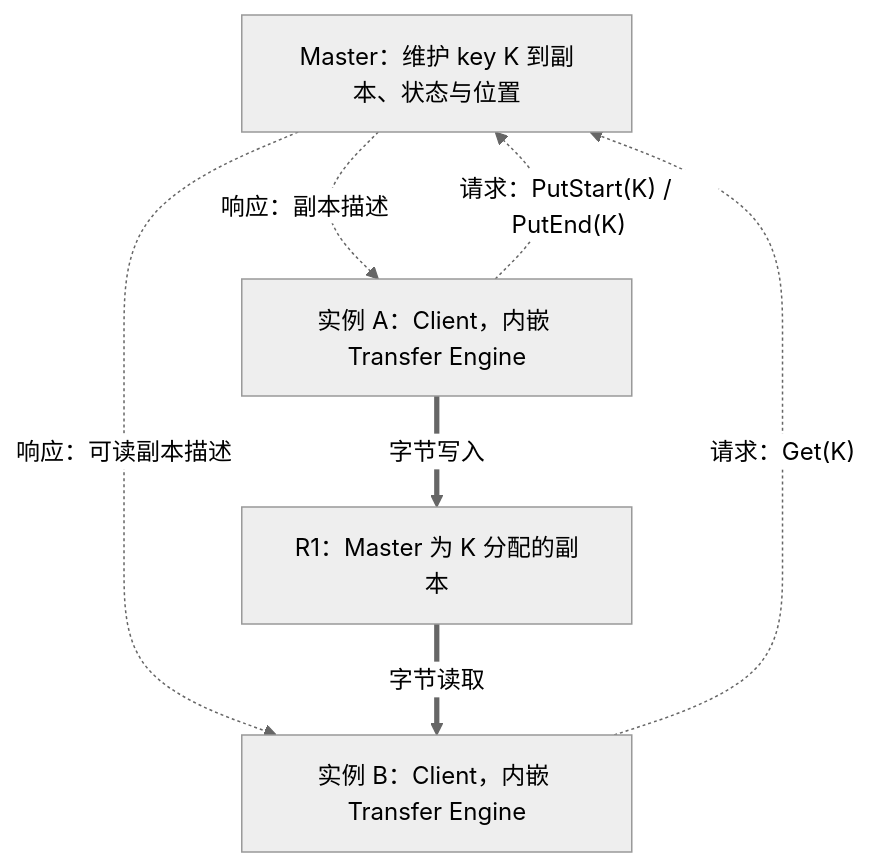
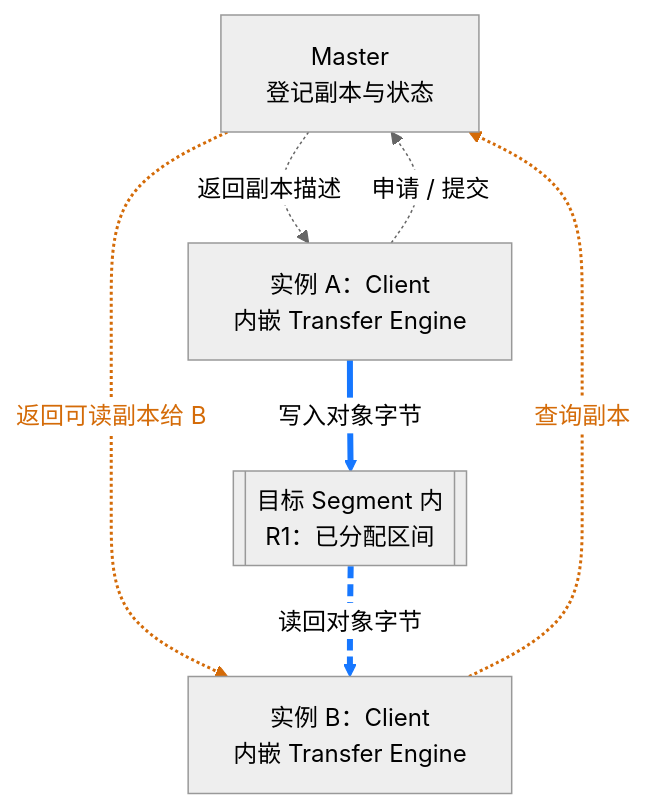
The diagram in mooncake-kv-cache-series/wechat/01-shared-kv-cache.md (Hansyangxingxiang/Mooncake), drawn with Mermaid (neutral theme) before and after one commit. The commit also changed other lines of this file and 66 other files, not shown here.

First line of the commit message:
[Docs] Refine WeChat KV cache diagrams and mobile publish artifacts

````diff
--- a/mooncake-kv-cache-series/wechat/01-shared-kv-cache.md
+++ b/mooncake-kv-cache-series/wechat/01-shared-kv-cache.md
@@ -43,13 +43,16 @@
 ```mermaid
 flowchart TB
-    M["Master：维护 key K 到副本、状态与位置"]
-    A["实例 A：Client，内嵌 Transfer Engine"]
-    B["实例 B：Client，内嵌 Transfer Engine"]
-    R1["R1：Master 为 K 分配的副本"]
-    A -.->|"请求：PutStart(K) / PutEnd(K)"| M
-    M -.->|"响应：副本描述"| A
-    B -.->|"请求：Get(K)"| M
-    M -.->|"响应：可读副本描述"| B
-    A ==>|"字节写入"| R1
-    R1 ==>|"字节读取"| B
+    M["Master<br/>登记副本与状态"]
+    A["实例 A：Client<br/>内嵌 Transfer Engine"]
+    B["实例 B：Client<br/>内嵌 Transfer Engine"]
+    R1[["目标 Segment 内<br/>R1：已分配区间"]]
+    A -.->|"申请 / 提交"| M
+    M -.->|"返回副本描述"| A
+    B -.->|"查询副本"| M
+    M -.->|"返回可读副本给 B"| B
+    A ==>|"写入对象字节"| R1
+    R1 -.->|"读回对象字节"| B
+    linkStyle 2,3 stroke:#D46B08,color:#D46B08,stroke-width:2px
+    linkStyle 4 stroke:#1677FF,stroke-width:4px
+    linkStyle 5 stroke:#1677FF,stroke-width:4px,stroke-dasharray:8 4
 ```
````
